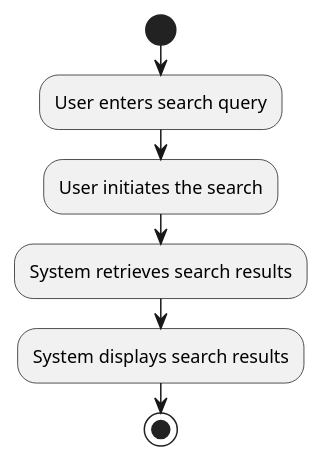
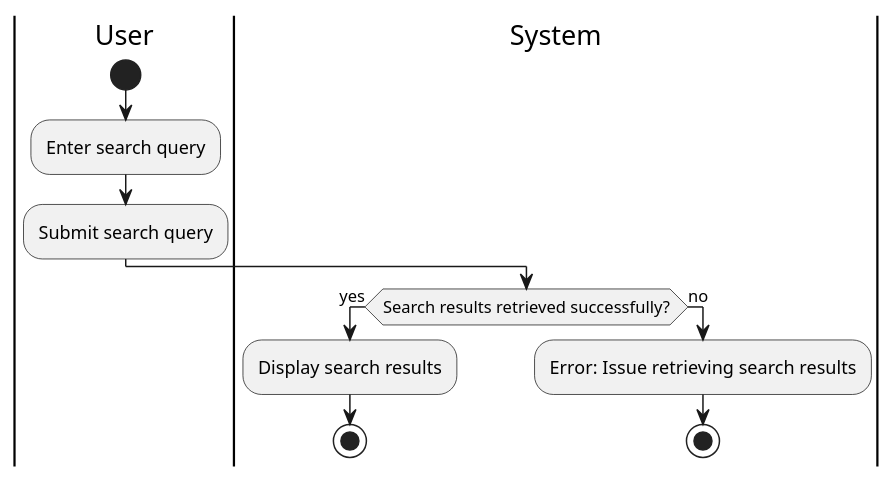
Before and after one commit to tungbeo0221/Forked-crosscodex.github.io: the fifth of 22 diagrams in docs/checkpoint_1/use_cases.md, drawn with PlantUML. The commit also changed other lines of this file and 39 other files, not shown here.

````diff
--- a/docs/checkpoint_1/use_cases.md
+++ b/docs/checkpoint_1/use_cases.md
@@ -135,10 +158,17 @@
 ```plantuml
 @startuml
+|User|
 start
-:User enters search query;
-:User initiates the search;
-:System retrieves search results;
-:System displays search results;
-stop
+:Enter search query;
+:Submit search query;
+|System|
+if (Search results retrieved successfully?) then (yes)
+  :Display search results;
+  stop
+else (no)
+  :Error: Issue retrieving search results;
+  stop
+endif
 @enduml
+
 ```
````
